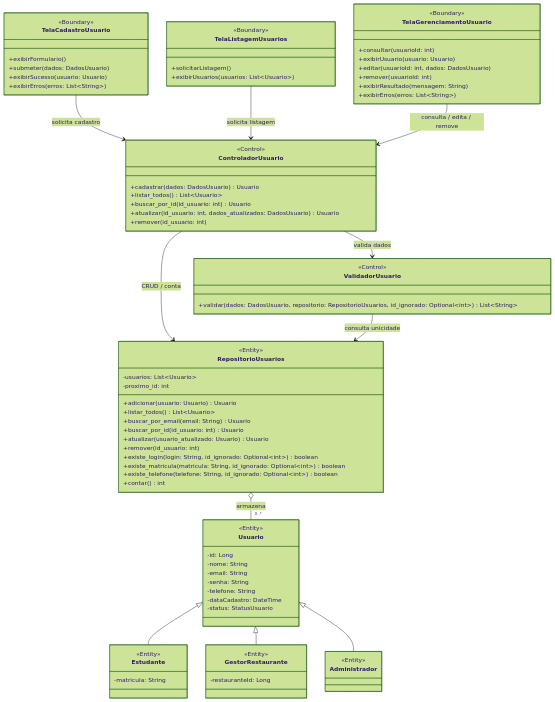
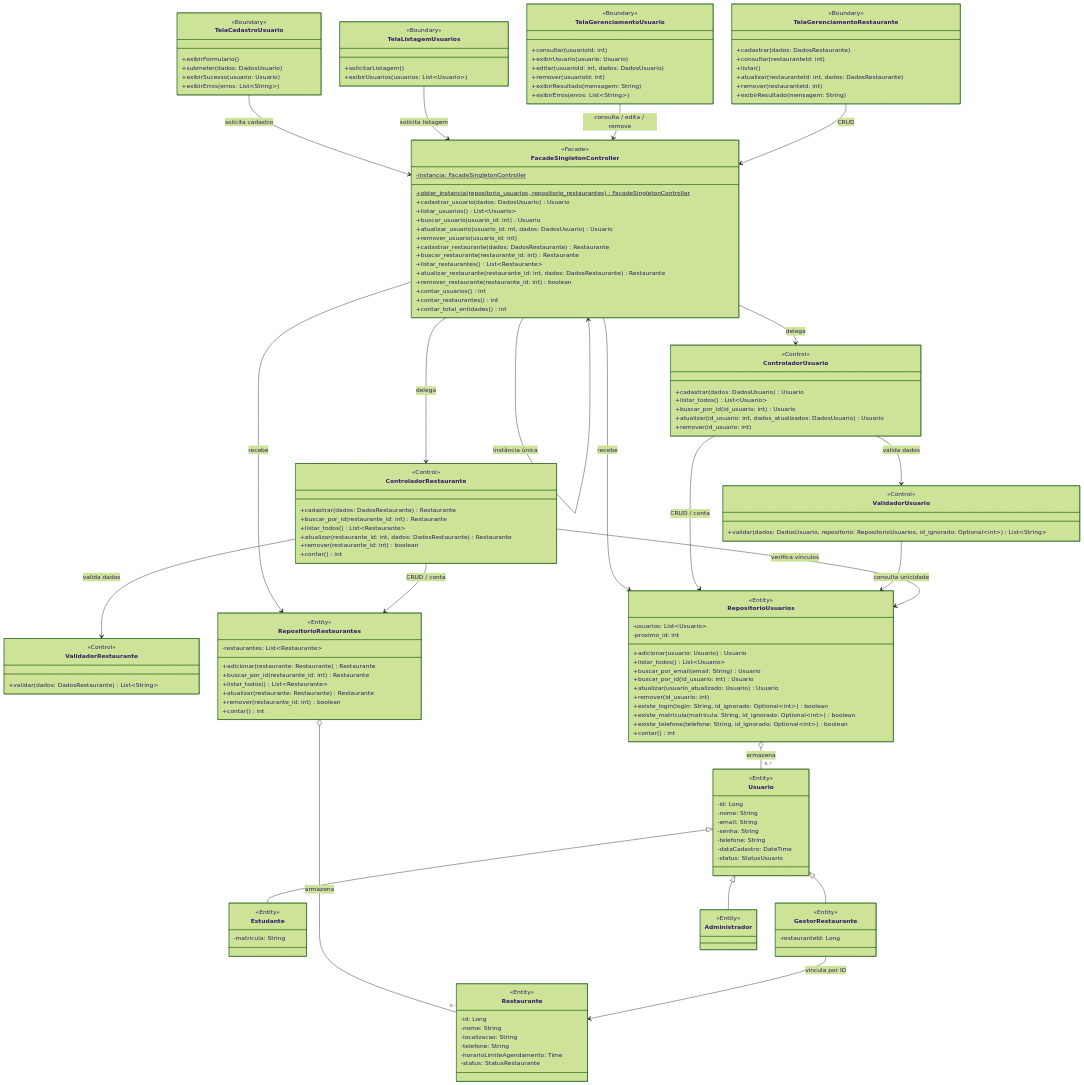
One commit to henriquesantos007/Sistema-de-Agendamento-de-Almoco changed the first of 6 diagrams in docs/05-analise.md. Above: the diagram before and after it, drawn with Mermaid (forest theme). The commit also changed other lines of this file, not shown here.

Commit message:
docs: completar diagrama de análise da Sprint 3

````diff
--- a/docs/05-analise.md
+++ b/docs/05-analise.md
@@ -52,6 +52,35 @@
         +exibirErros(erros: List~String~)
     }
 
+    class TelaGerenciamentoRestaurante {
+        <<Boundary>>
+        +cadastrar(dados: DadosRestaurante)
+        +consultar(restauranteId: int)
+        +listar()
+        +atualizar(restauranteId: int, dados: DadosRestaurante)
+        +remover(restauranteId: int)
+        +exibirResultado(mensagem: String)
+    }
+
+    class FacadeSingletonController {
+        <<Facade>>
+        -instancia: FacadeSingletonController$
+        +obter_instancia(repositorio_usuarios, repositorio_restaurantes) FacadeSingletonController$
+        +cadastrar_usuario(dados: DadosUsuario) Usuario
+        +listar_usuarios() List~Usuario~
+        +buscar_usuario(usuario_id: int) Usuario
+        +atualizar_usuario(usuario_id: int, dados: DadosUsuario) Usuario
+        +remover_usuario(usuario_id: int)
+        +cadastrar_restaurante(dados: DadosRestaurante) Restaurante
+        +buscar_restaurante(restaurante_id: int) Restaurante
+        +listar_restaurantes() List~Restaurante~
+        +atualizar_restaurante(restaurante_id: int, dados: DadosRestaurante) Restaurante
+        +remover_restaurante(restaurante_id: int) boolean
+        +contar_usuarios() int
+        +contar_restaurantes() int
+        +contar_total_entidades() int
+    }
+
     class ControladorUsuario {
         <<Control>>
         +cadastrar(dados: DadosUsuario) Usuario
@@ -61,9 +90,24 @@
         +remover(id_usuario: int)
     }
 
+    class ControladorRestaurante {
+        <<Control>>
+        +cadastrar(dados: DadosRestaurante) Restaurante
+        +buscar_por_id(restaurante_id: int) Restaurante
+        +listar_todos() List~Restaurante~
+        +atualizar(restaurante_id: int, dados: DadosRestaurante) Restaurante
+        +remover(restaurante_id: int) boolean
+        +contar() int
+    }
+
     class ValidadorUsuario {
         <<Control>>
         +validar(dados: DadosUsuario, repositorio: RepositorioUsuarios, id_ignorado: Optional~int~) List~String~
+    }
+
+    class ValidadorRestaurante {
+        <<Control>>
+        +validar(dados: DadosRestaurante) List~String~
     }
 
     class RepositorioUsuarios {
@@ -79,6 +123,17 @@
         +existe_login(login: String, id_ignorado: Optional~int~) boolean
         +existe_matricula(matricula: String, id_ignorado: Optional~int~) boolean
         +existe_telefone(telefone: String, id_ignorado: Optional~int~) boolean
+        +contar() int
+    }
+
+    class RepositorioRestaurantes {
+        <<Entity>>
+        -restaurantes: List~Restaurante~
+        +adicionar(restaurante: Restaurante) Restaurante
+        +buscar_por_id(restaurante_id: int) Restaurante
+        +listar_todos() List~Restaurante~
+        +atualizar(restaurante: Restaurante) Restaurante
+        +remover(restaurante_id: int) boolean
         +contar() int
     }
 
@@ -107,14 +162,35 @@
         <<Entity>>
     }
 
-    TelaCadastroUsuario --> ControladorUsuario : solicita cadastro
-    TelaListagemUsuarios --> ControladorUsuario : solicita listagem
-    TelaGerenciamentoUsuario --> ControladorUsuario : consulta / edita / remove
+    class Restaurante {
+        <<Entity>>
+        -id: Long
+        -nome: String
+        -localizacao: String
+        -telefone: String
+        -horarioLimiteAgendamento: Time
+        -status: StatusRestaurante
+    }
+
+    TelaCadastroUsuario --> FacadeSingletonController : solicita cadastro
+    TelaListagemUsuarios --> FacadeSingletonController : solicita listagem
+    TelaGerenciamentoUsuario --> FacadeSingletonController : consulta / edita / remove
+    TelaGerenciamentoRestaurante --> FacadeSingletonController : CRUD
+    FacadeSingletonController --> FacadeSingletonController : instância única
+    FacadeSingletonController --> ControladorUsuario : delega
+    FacadeSingletonController --> ControladorRestaurante : delega
+    FacadeSingletonController --> RepositorioUsuarios : recebe
+    FacadeSingletonController --> RepositorioRestaurantes : recebe
     ControladorUsuario --> ValidadorUsuario : valida dados
     ControladorUsuario --> RepositorioUsuarios : CRUD / conta
     ValidadorUsuario --> RepositorioUsuarios : consulta unicidade
+    ControladorRestaurante --> ValidadorRestaurante : valida dados
+    ControladorRestaurante --> RepositorioRestaurantes : CRUD / conta
+    ControladorRestaurante --> RepositorioUsuarios : verifica vínculos
     RepositorioUsuarios o-- "0..*" Usuario : armazena
+    RepositorioRestaurantes o-- "0..*" Restaurante : armazena
     Usuario <|-- Estudante
     Usuario <|-- GestorRestaurante
     Usuario <|-- Administrador
+    GestorRestaurante --> Restaurante : vincula por ID
 ```
````
